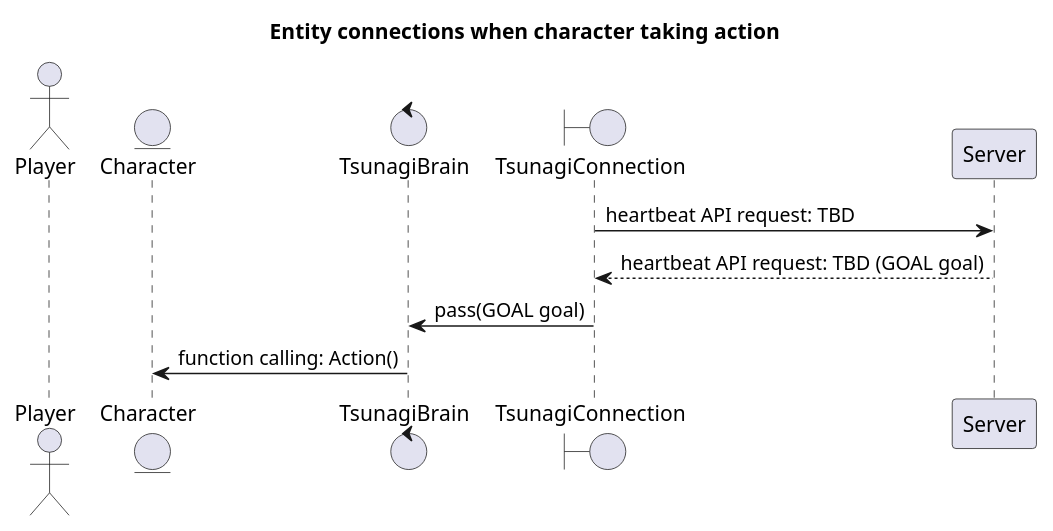
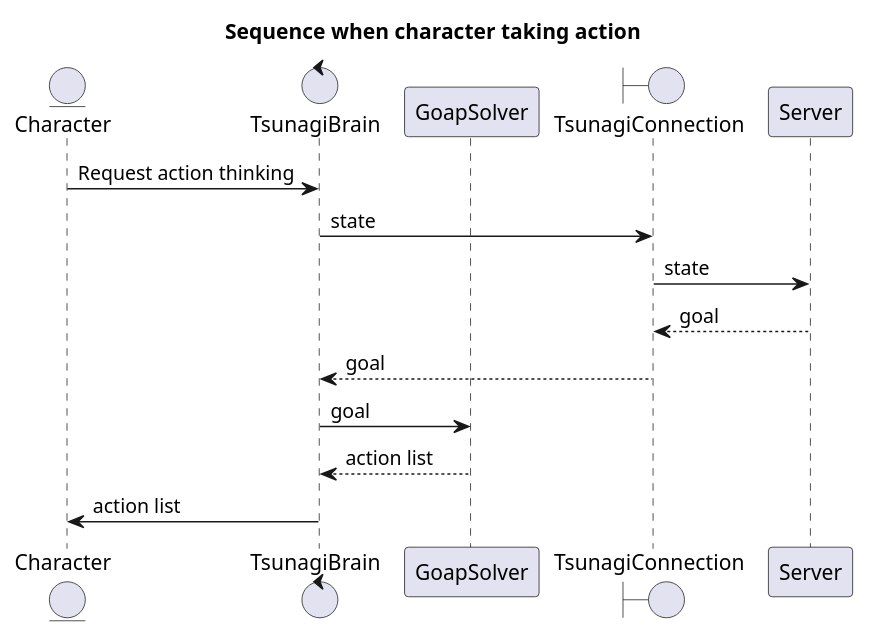
One commit to tsunagi-ai/UnityModuleDesign changed the diagram in Sequences/Action.puml. Above: the diagram before and after it, drawn with PlantUML.

Commit message:
redesign action sequence

```diff
--- a/Sequences/Action.puml
+++ b/Sequences/Action.puml
@@ -1,15 +1,19 @@
 @startuml
-title Entity connections when character taking action
+title Sequence when character taking action
 
-actor Player
 entity Character
 control TsunagiBrain
+participant GoapSolver
 boundary TsunagiConnection
 participant Server
 
-TsunagiConnection -> Server : heartbeat API request: TBD
-Server --> TsunagiConnection : heartbeat API request: TBD (GOAL goal)
-TsunagiConnection -> TsunagiBrain : pass(GOAL goal)
-TsunagiBrain -> Character : function calling: Action()
+Character -> TsunagiBrain : Request action thinking
+TsunagiBrain -> TsunagiConnection : state
+TsunagiConnection -> Server : state
+Server --> TsunagiConnection : goal
+TsunagiConnection --> TsunagiBrain : goal
+TsunagiBrain -> GoapSolver : goal
+GoapSolver --> TsunagiBrain : action list
+TsunagiBrain -> Character : action list
 
 @enduml
```
